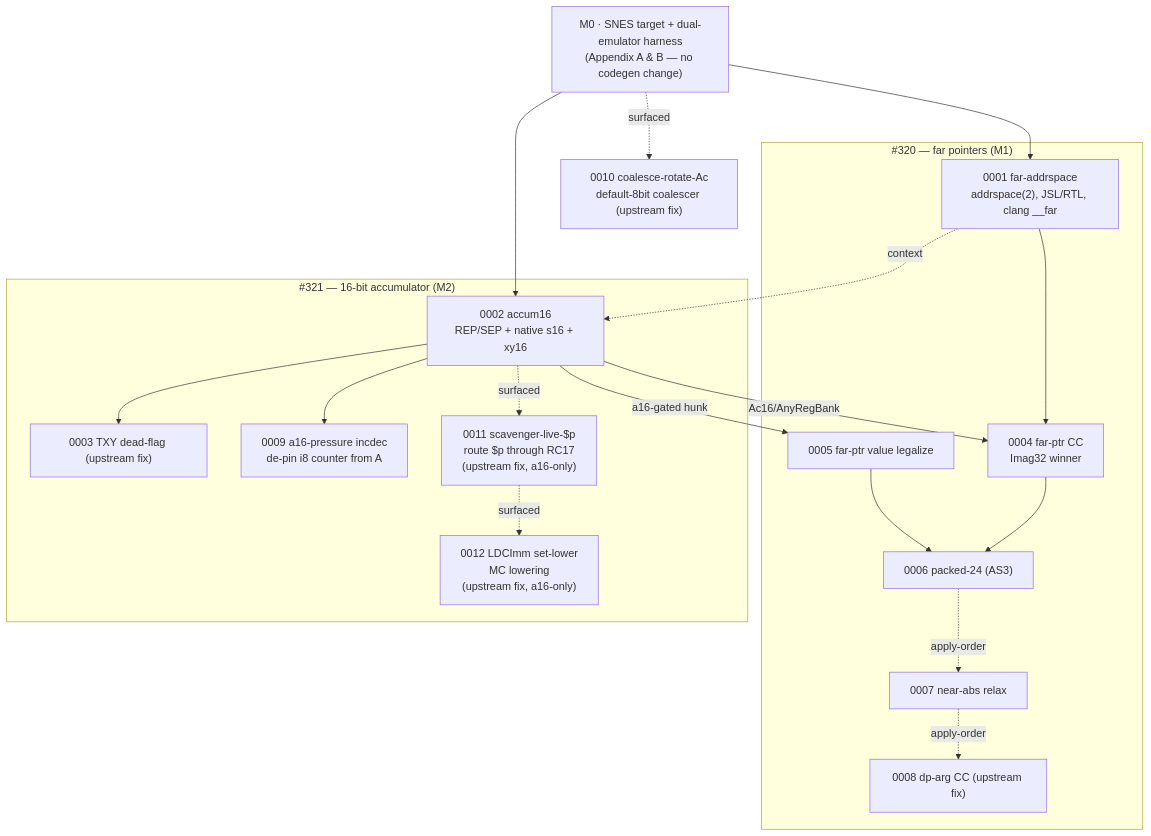
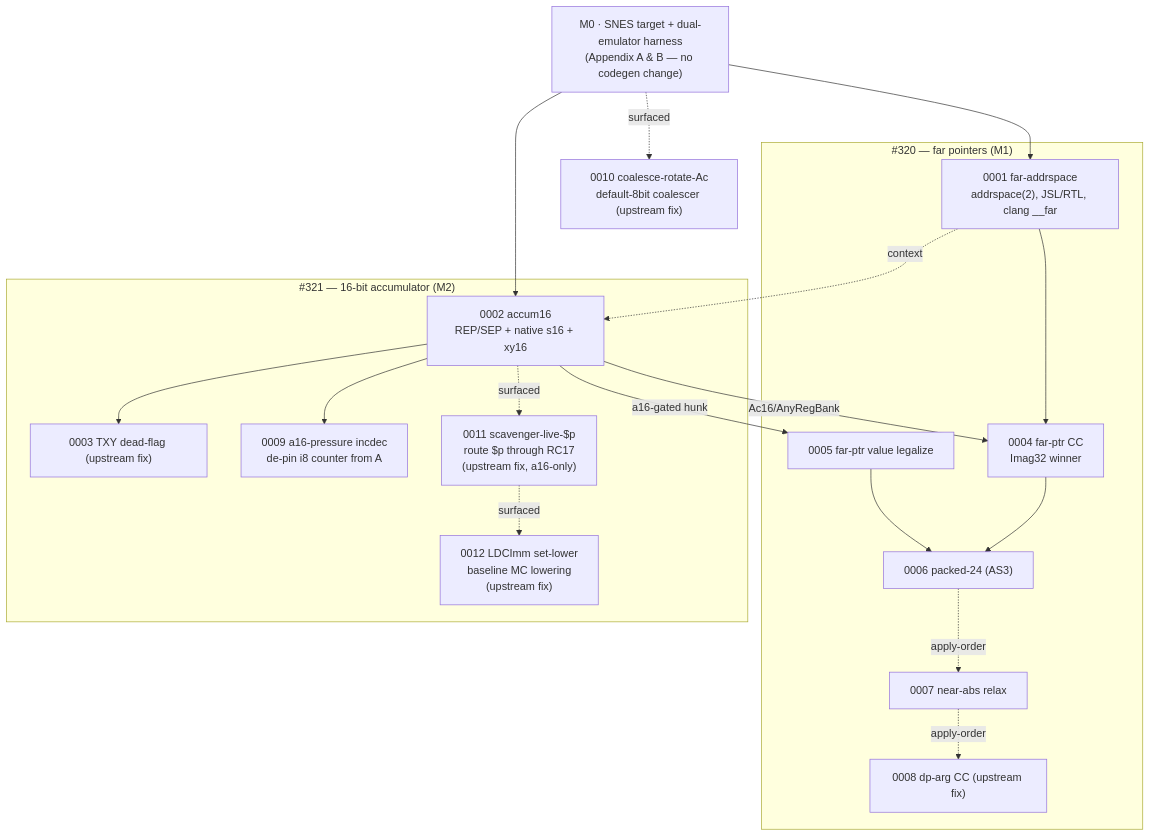
The first of 5 diagrams in docs/65816-patch-series-review-guide.md (wbniv/llvm-mos-65816), drawn with Mermaid before and after one commit. The commit also changed other lines of this file and 58 other files, not shown here.

````diff
--- a/docs/65816-patch-series-review-guide.md
+++ b/docs/65816-patch-series-review-guide.md
@@ -187,39 +187,39 @@
 ```mermaid
 flowchart TD
     SNES["M0 · SNES target + dual-emulator harness<br/>(Appendix A &amp; B — no codegen change)"]
 
     subgraph far["#320 — far pointers (M1)"]
         P1["0001 far-addrspace<br/>addrspace(2), JSL/RTL, clang __far"]
         P4["0004 far-ptr CC<br/>Imag32 winner"]
         P5["0005 far-ptr value legalize"]
         P6["0006 packed-24 (AS3)"]
         P7["0007 near-abs relax"]
         P8["0008 dp-arg CC (upstream fix)"]
     end
 
     subgraph a16["#321 — 16-bit accumulator (M2)"]
         P2["0002 accum16<br/>REP/SEP + native s16 + xy16"]
         P3["0003 TXY dead-flag (upstream fix)"]
         P9["0009 a16-pressure incdec<br/>de-pin i8 counter from A"]
         P11["0011 scavenger-live-$p<br/>route $p through RC17<br/>(upstream fix, a16-only)"]
-        P12["0012 LDCImm set-lower<br/>MC lowering<br/>(upstream fix, a16-only)"]
+        P12["0012 LDCImm set-lower<br/>baseline MC lowering<br/>(upstream fix)"]
     end
 
     P10["0010 coalesce-rotate-Ac<br/>default-8bit coalescer (upstream fix)"]
 
     SNES --> P1
     SNES --> P2
     SNES -.surfaced.-> P10
     P1 -.context.-> P2
     P2 --> P3
     P2 --> P9
     P2 -.surfaced.-> P11
     P11 -.surfaced.-> P12
     P1 --> P4
     P2 -->|Ac16/AnyRegBank| P4
     P2 -->|a16-gated hunk| P5
     P4 --> P6
     P5 --> P6
     P6 -.apply-order.-> P7
     P7 -.apply-order.-> P8
 ```
````
